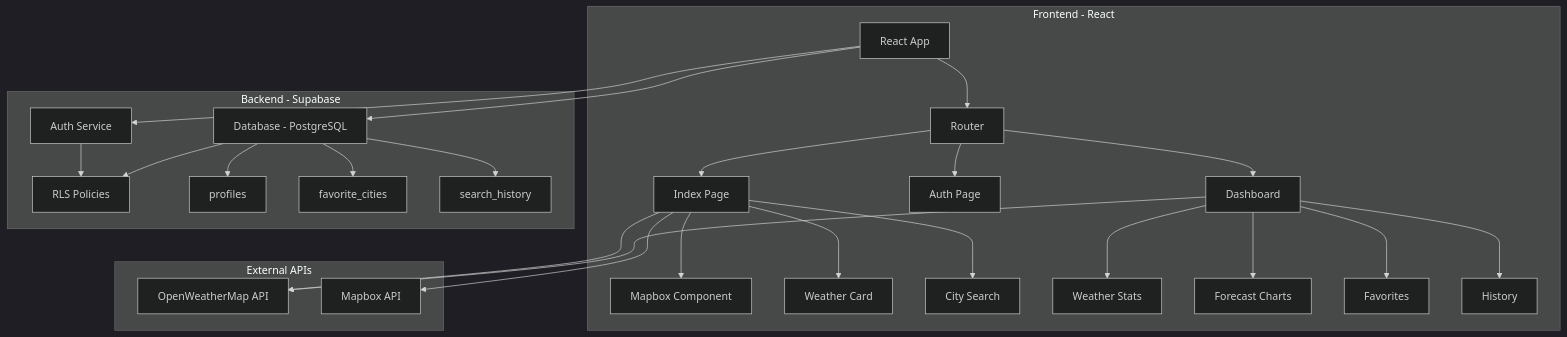
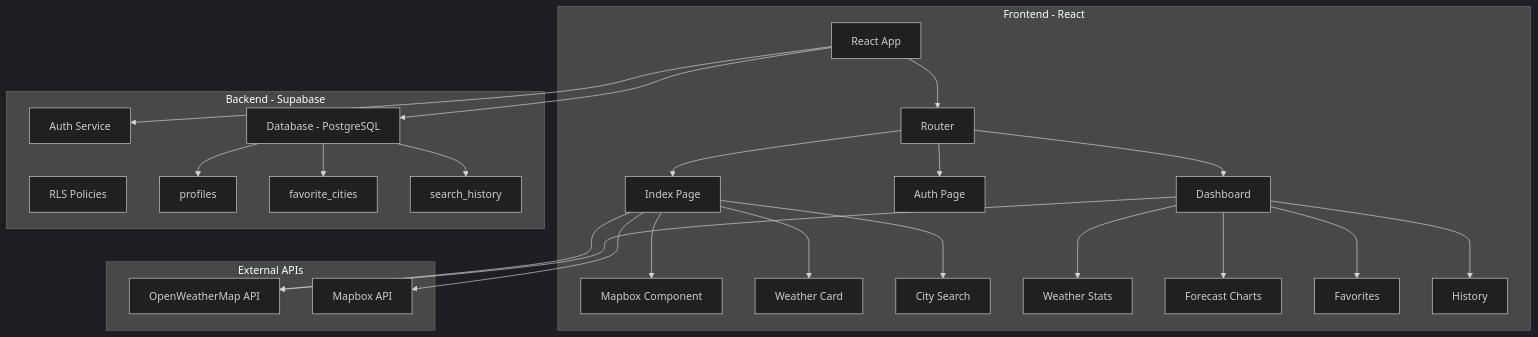
One commit to TakizawaXD/aura-earth changed the second of 11 diagrams in README.md. Above: the diagram before and after it, drawn with Mermaid (dark theme). The commit also changed other lines of this file, not shown here.

````diff
--- a/README.md
+++ b/README.md
@@ -35,42 +356,40 @@
 ```mermaid
 graph TB
     subgraph "Frontend - React"
         A[React App] --> B[Router]
         B --> C[Index Page]
         B --> D[Auth Page]
         B --> E[Dashboard]
         
         C --> F[Mapbox Component]
         C --> G[Weather Card]
         C --> H[City Search]
         
         E --> I[Weather Stats]
         E --> J[Forecast Charts]
         E --> K[Favorites]
         E --> L[History]
     end
     
     subgraph "Backend - Supabase"
         M[Auth Service]
         N[Database - PostgreSQL]
         O[RLS Policies]
         
         N --> P[profiles]
         N --> Q[favorite_cities]
         N --> R[search_history]
     end
     
     subgraph "External APIs"
         S[OpenWeatherMap API]
         T[Mapbox API]
     end
     
     A --> M
     A --> N
     C --> S
     C --> T
     E --> S
     
-    M --> O
-    N --> O
 ```
````
